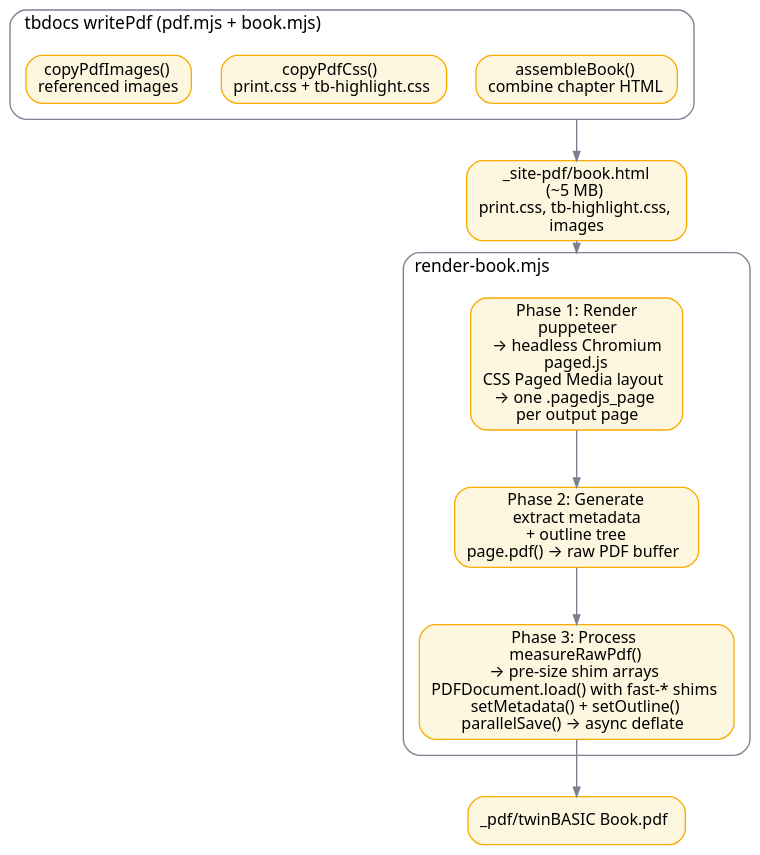
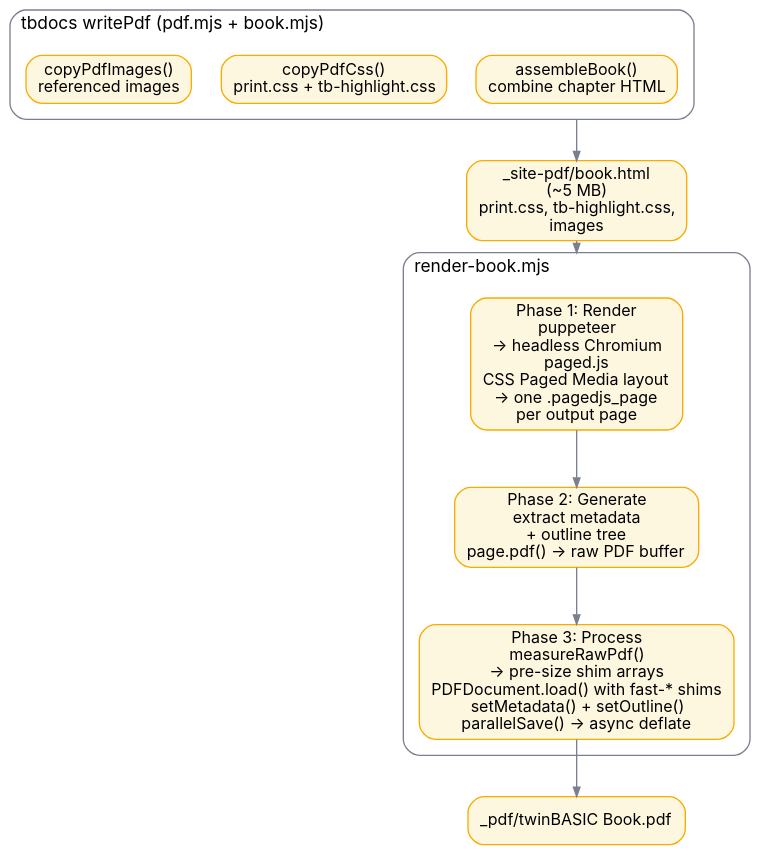
Before and after one commit to twinbasic/documentation: the diagram in docs/assets/images/dot/pdf-render-pipeline.dot, drawn with Graphviz. The commit also changed 40 other files, not shown here.

```diff
--- a/docs/assets/images/dot/pdf-render-pipeline.dot
+++ b/docs/assets/images/dot/pdf-render-pipeline.dot
@@ -1,56 +1,56 @@
 // PDF render pipeline: tbdocs's writePdf populates _site-pdf/, then
 // render-book.mjs drives puppeteer + paged.js + pdf-lib to produce the
 // final PDF.
 
 digraph pdf_render {
     rankdir=TB
     bgcolor="transparent"
     compound=true
     nodesep=0.3
     ranksep=0.6
     splines=true
 
     node [
         shape=box
         style="rounded,filled"
-        fontname="system-ui,-apple-system,Segoe UI,sans-serif"
+        fontname="Inter,system-ui,-apple-system,Segoe UI,sans-serif"
         fontsize=12
         margin="0.12,0.06"
         fillcolor="#fef7e0"
         color="#f9ab00"
     ]
     edge [color="#7a8090" arrowsize=0.7]
     graph [
         color="#7a8090"
-        fontname="system-ui,-apple-system,Segoe UI,sans-serif"
+        fontname="Inter,system-ui,-apple-system,Segoe UI,sans-serif"
         fontsize=13
         style="rounded"
         labeljust="l"
     ]
 
     subgraph cluster_writePdf {
         margin=12
         label="tbdocs writePdf (pdf.mjs + book.mjs)"
         ASM [label=<assembleBook()<BR/>combine chapter HTML>]
         CSS [label=<copyPdfCss()<BR/>print.css + tb-highlight.css>]
         IMG [label=<copyPdfImages()<BR/>referenced images>]
         { rank=same; ASM; CSS; IMG }
     }
 
     PDFSRC [label=<_site-pdf/book.html<BR/>(~5 MB)<BR/>print.css, tb-highlight.css,<BR/>images>]
 
     subgraph cluster_render {
         margin=12
         label="render-book.mjs"
         R1 [label=<Phase 1: Render<BR/>puppeteer<BR/>→ headless Chromium<BR/>paged.js<BR/>CSS Paged Media layout<BR/>→ one .pagedjs_page<BR/>per output page>]
         R2 [label=<Phase 2: Generate<BR/>extract metadata<BR/>+ outline tree<BR/>page.pdf() → raw PDF buffer>]
         R3 [label=<Phase 3: Process<BR/>measureRawPdf()<BR/>→ pre-size shim arrays<BR/>PDFDocument.load() with fast-* shims<BR/>setMetadata() + setOutline()<BR/>parallelSave() → async deflate>]
         R1 -> R2 -> R3
     }
 
     PDF [label=<_pdf/twinBASIC Book.pdf>]
 
     ASM    -> PDFSRC [ltail=cluster_writePdf]
     PDFSRC -> R1     [lhead=cluster_render]
     R3     -> PDF
 }
```
